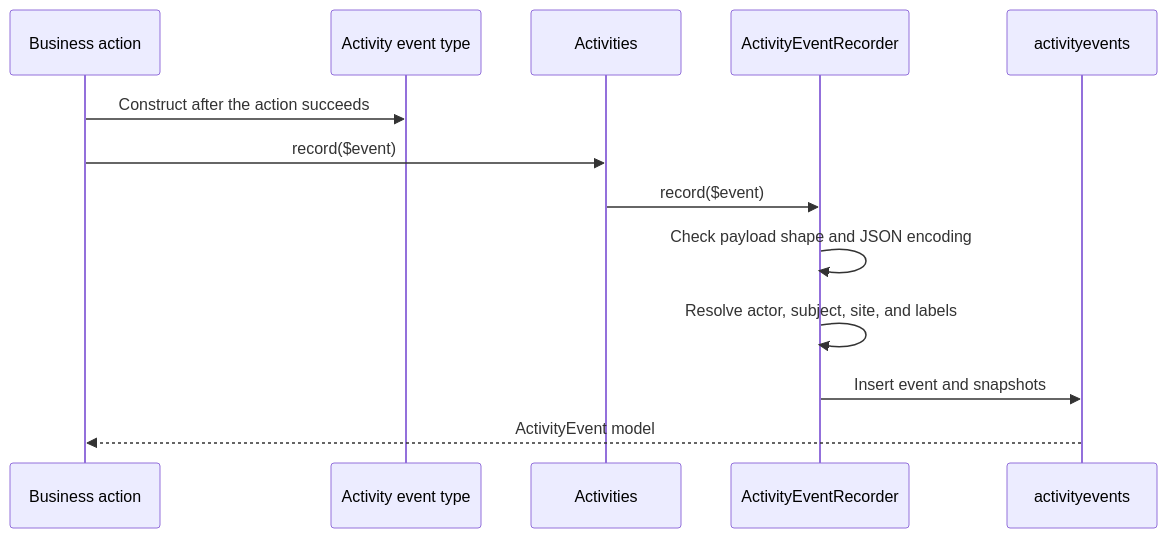
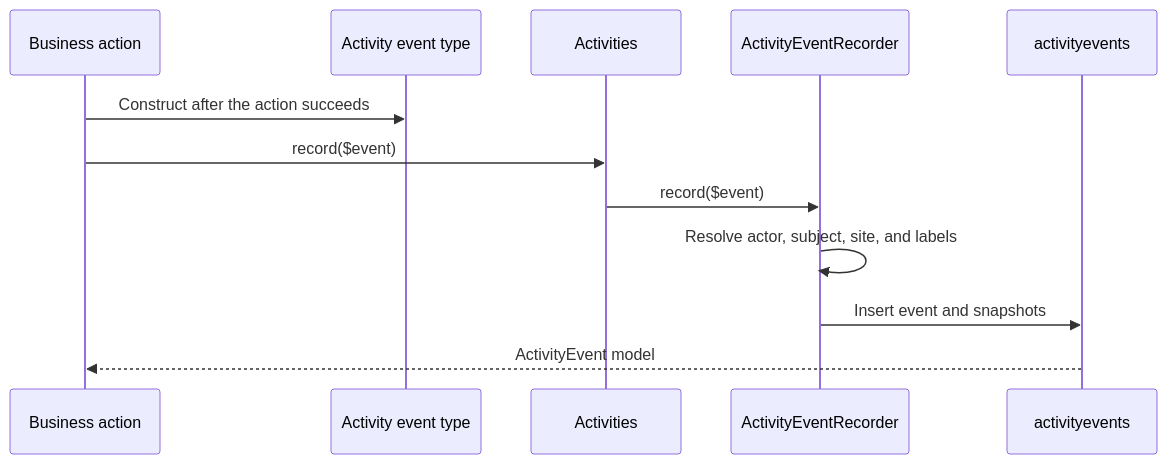
One commit to craftcms/cms changed the first of 2 diagrams in docs/activity-logging.md. Above: the diagram before and after it, drawn with Mermaid. The commit also changed other lines of this file and 2 other files, not shown here.

Commit message:
Remove activity payload validation

````diff
--- a/docs/activity-logging.md
+++ b/docs/activity-logging.md
@@ -11,16 +11,15 @@
 ```mermaid
 sequenceDiagram
     participant Action as Business action
     participant Type as Activity event type
     participant Activities
     participant Recorder as ActivityEventRecorder
     participant DB as activityevents
 
     Action->>Type: Construct after the action succeeds
     Action->>Activities: record($event)
     Activities->>Recorder: record($event)
-    Recorder->>Recorder: Check payload shape and JSON encoding
     Recorder->>Recorder: Resolve actor, subject, site, and labels
     Recorder->>DB: Insert event and snapshots
     DB-->>Action: ActivityEvent model
 ```
````
